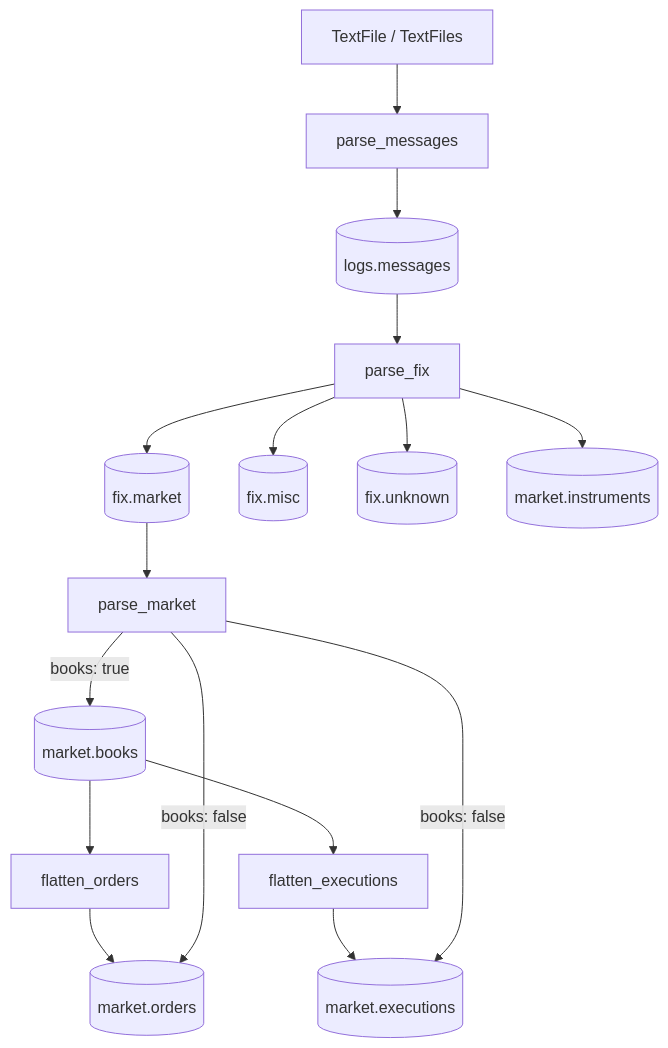
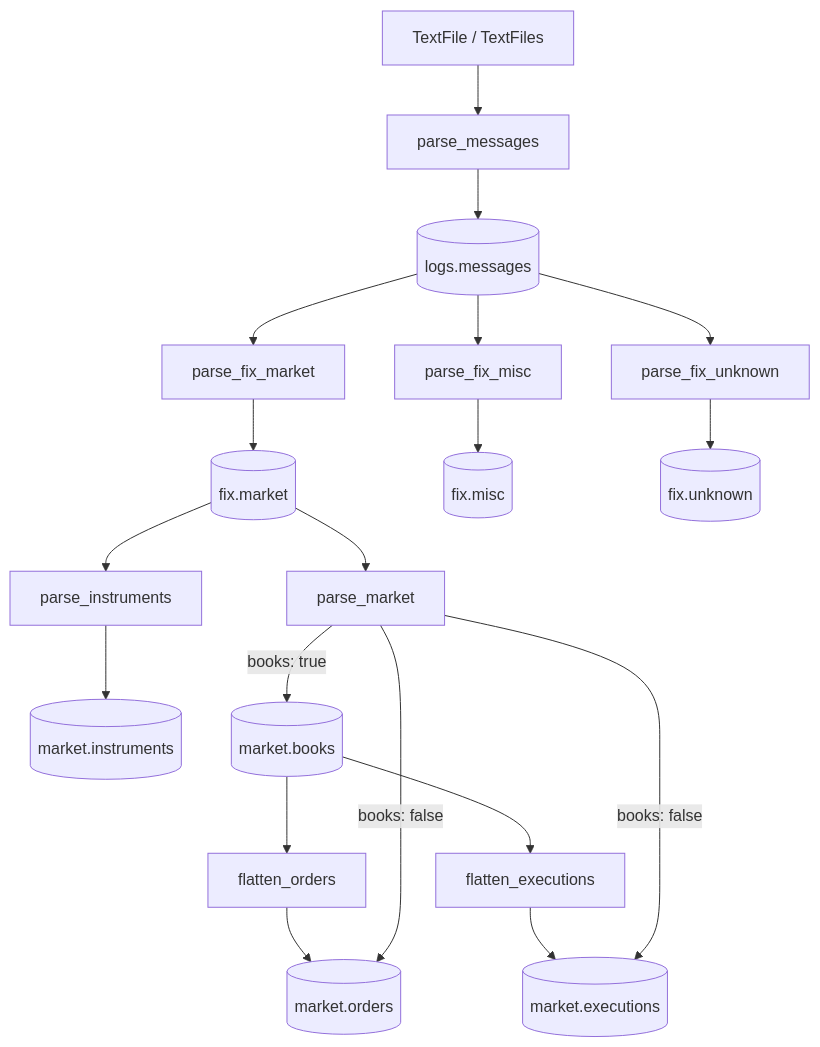
The diagram in docs/index.md (Platob/yggfin), drawn with Mermaid before and after one commit. The commit also changed 56 other files, not shown here.

````diff
--- a/docs/index.md
+++ b/docs/index.md
@@ -46,16 +46,15 @@
 ```mermaid
 flowchart TD
     L[TextFile / TextFiles] --> PM[parse_messages]
     PM --> M[(logs.messages)]
-    M --> PF[parse_fix]
-    PF --> FM[(fix.market)]
-    PF --> FX[(fix.misc)]
-    PF --> FU[(fix.unknown)]
-    PF --> I[(market.instruments)]
+    M --> PFM[parse_fix_market] --> FM[(fix.market)]
+    M --> PFX[parse_fix_misc] --> FX[(fix.misc)]
+    M --> PFU[parse_fix_unknown] --> FU[(fix.unknown)]
+    FM --> PI[parse_instruments] --> I[(market.instruments)]
     FM --> PK[parse_market]
     PK -->|books: true| B[(market.books)]
     B --> FO[flatten_orders] --> O[(market.orders)]
     B --> FE[flatten_executions] --> E[(market.executions)]
     PK -->|books: false| O
     PK -->|books: false| E
 ```
````
